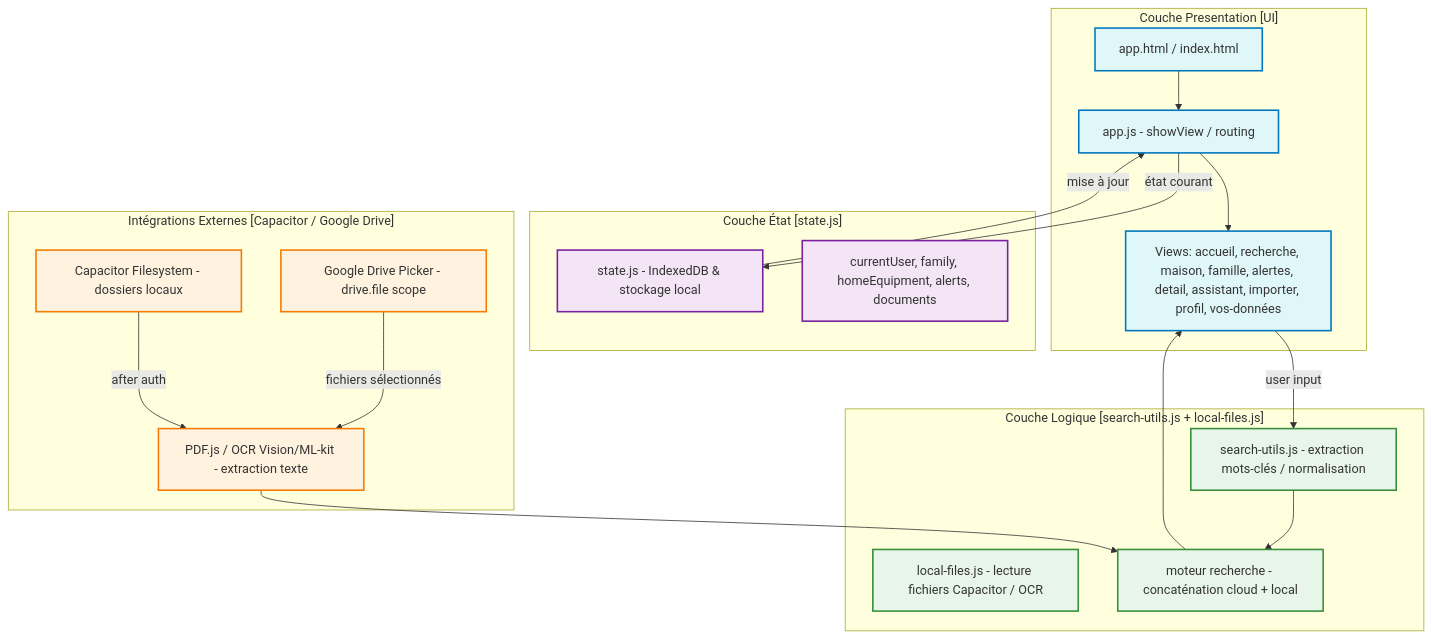
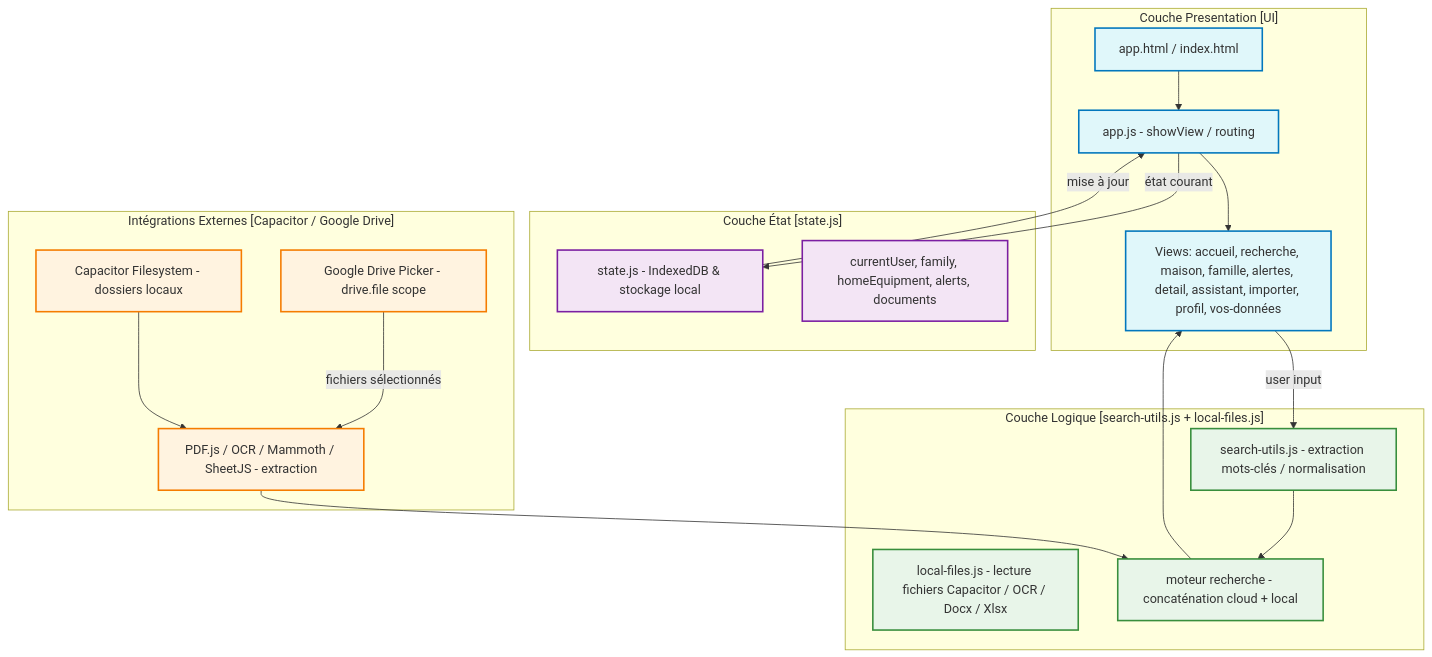
The diagram in projets/famili-ia/DEVELOPPEMENT_PLAN.md (stn-user/workspace), drawn with Mermaid before and after one commit. The commit also changed other lines of this file and 18 other files, not shown here.

````diff
--- a/projets/famili-ia/DEVELOPPEMENT_PLAN.md
+++ b/projets/famili-ia/DEVELOPPEMENT_PLAN.md
@@ -101,53 +102,53 @@
 ```mermaid
 graph TD
     %% Couches d'application
     subgraph "Couche Presentation [UI]"
         A[app.html / index.html]
         B[app.js - showView / routing]
         C[Views: accueil, recherche, maison, famille, alertes, detail, assistant, importer, profil, vos-données]
     end
 
     subgraph "Couche État [state.js]"
         D[state.js - IndexedDB & stockage local]
         E[currentUser, family, homeEquipment, alerts, documents]
     end
 
     subgraph "Couche Logique [search-utils.js + local-files.js]"
         F[search-utils.js - extraction mots-clés / normalisation]
-        G[local-files.js - lecture fichiers Capacitor / OCR]
+        G[local-files.js - lecture fichiers Capacitor / OCR / Docx / Xlsx]
         H[moteur recherche - concaténation cloud + local]
     end
 
     subgraph "Intégrations Externes [Capacitor / Google Drive]"
         I[Capacitor Filesystem - dossiers locaux]
         J[Google Drive Picker - drive.file scope]
-        K[PDF.js / OCR Vision/ML-kit - extraction texte]
+        K[PDF.js / OCR / Mammoth / SheetJS - extraction]
     end
 
     %% Flux de données
     A --> B
     B --> C
     C -->|user input| F
     F --> H
     H --> C
     
     %% Flux cloud
     J -->|fichiers sélectionnés| K
     K --> H
-    I -->|after auth| K
+    I --> K
     
     %% État
     D -->|mise à jour| B
     B -->|état courant| D
     
     %% Style
     classDef ui fill:#e0f7fa,stroke:#0277bd,stroke-width:2px;
     classDef state fill:#f3e5f5,stroke:#7b1fa2,stroke-width:2px;
     classDef logic fill:#e8f5e9,stroke:#388e3c,stroke-width:2px;
     classDef ext fill:#fff3e0,stroke:#f57c00,stroke-width:2px;
     
     class A,B,C ui;
     class D,E state;
     class F,G,H logic;
     class I,J,K ext;
 ```
````
